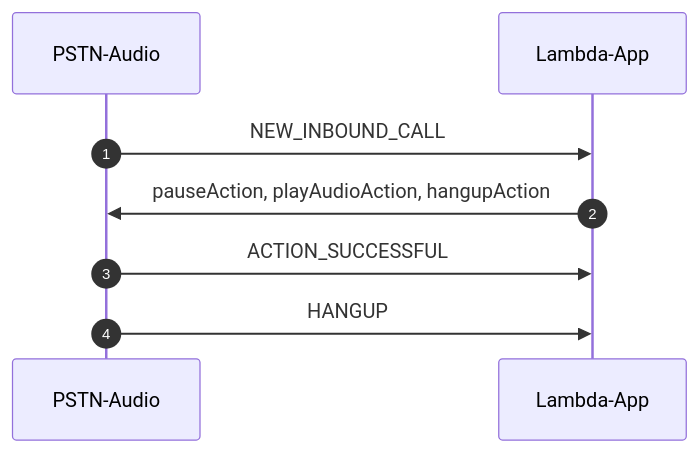
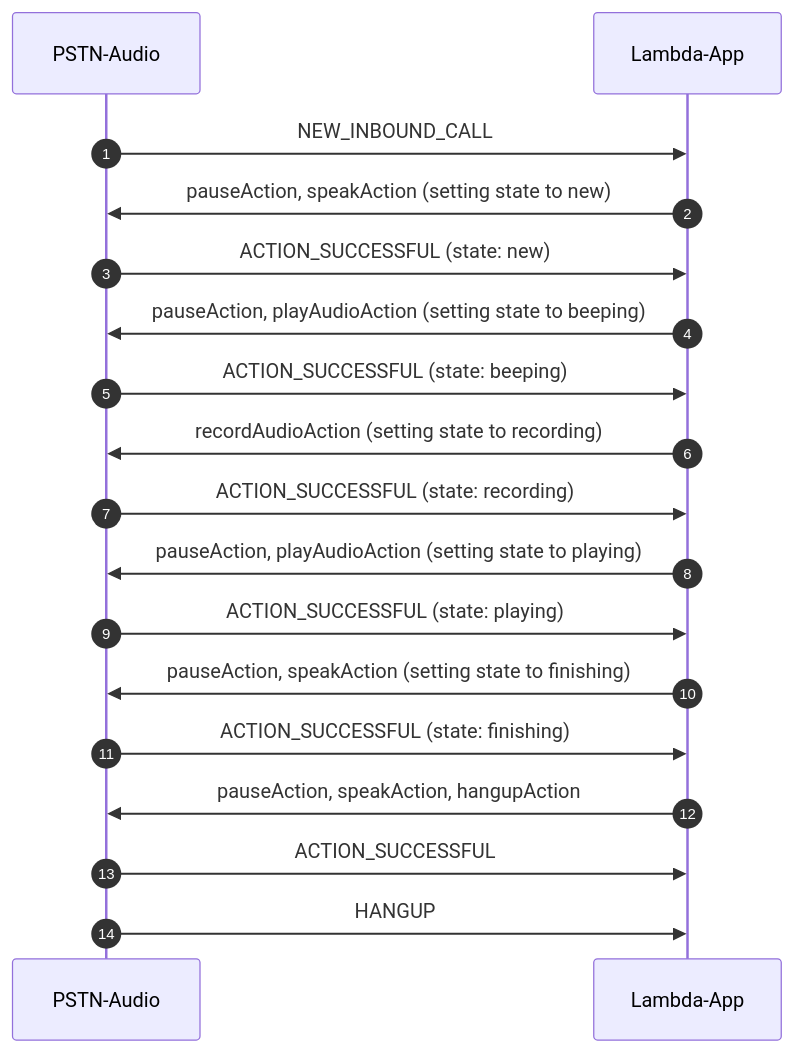
Before and after one commit to scottrfrancis/amazon-chime-sdk-pstn-audio-workshop: the diagram in lambdas/call-make-recording/README.md, drawn with Mermaid. The commit also changed other lines of this file and 2 other files, not shown here.

Commit message:
updated recording docs

````diff
--- a/lambdas/call-make-recording/README.md
+++ b/lambdas/call-make-recording/README.md
@@ -50,8 +56,18 @@
 ```mermaid
 sequenceDiagram
     autonumber
     PSTN-Audio->>Lambda-App: NEW_INBOUND_CALL
-    Lambda-App->>PSTN-Audio: pauseAction, playAudioAction, hangupAction
-    PSTN-Audio->>Lambda-App: ACTION_SUCCESSFUL
+    Lambda-App->>PSTN-Audio: pauseAction, speakAction (setting state to new)
+    PSTN-Audio->>Lambda-App: ACTION_SUCCESSFUL (state: new)
+    Lambda-App->>PSTN-Audio: pauseAction, playAudioAction (setting state to beeping)
+    PSTN-Audio->>Lambda-App: ACTION_SUCCESSFUL (state: beeping)
+    Lambda-App->>PSTN-Audio: recordAudioAction (setting state to recording)
+    PSTN-Audio->>Lambda-App: ACTION_SUCCESSFUL (state: recording)
+    Lambda-App->>PSTN-Audio: pauseAction, playAudioAction (setting state to playing)
+    PSTN-Audio->>Lambda-App: ACTION_SUCCESSFUL (state: playing)
+    Lambda-App->>PSTN-Audio: pauseAction, speakAction (setting state to finishing)
+    PSTN-Audio->>Lambda-App: ACTION_SUCCESSFUL (state: finishing)
+    Lambda-App->>PSTN-Audio: pauseAction, speakAction, hangupAction
+    PSTN-Audio->>Lambda-App: ACTION_SUCCESSFUL 
     PSTN-Audio->>Lambda-App: HANGUP
 ```
````
